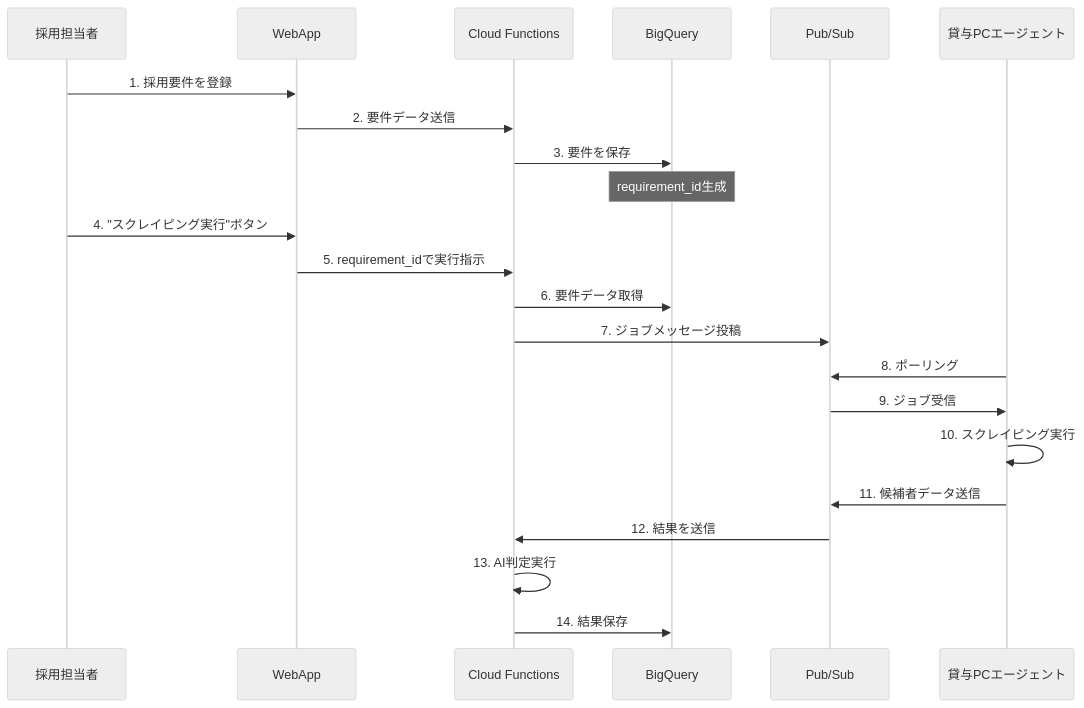
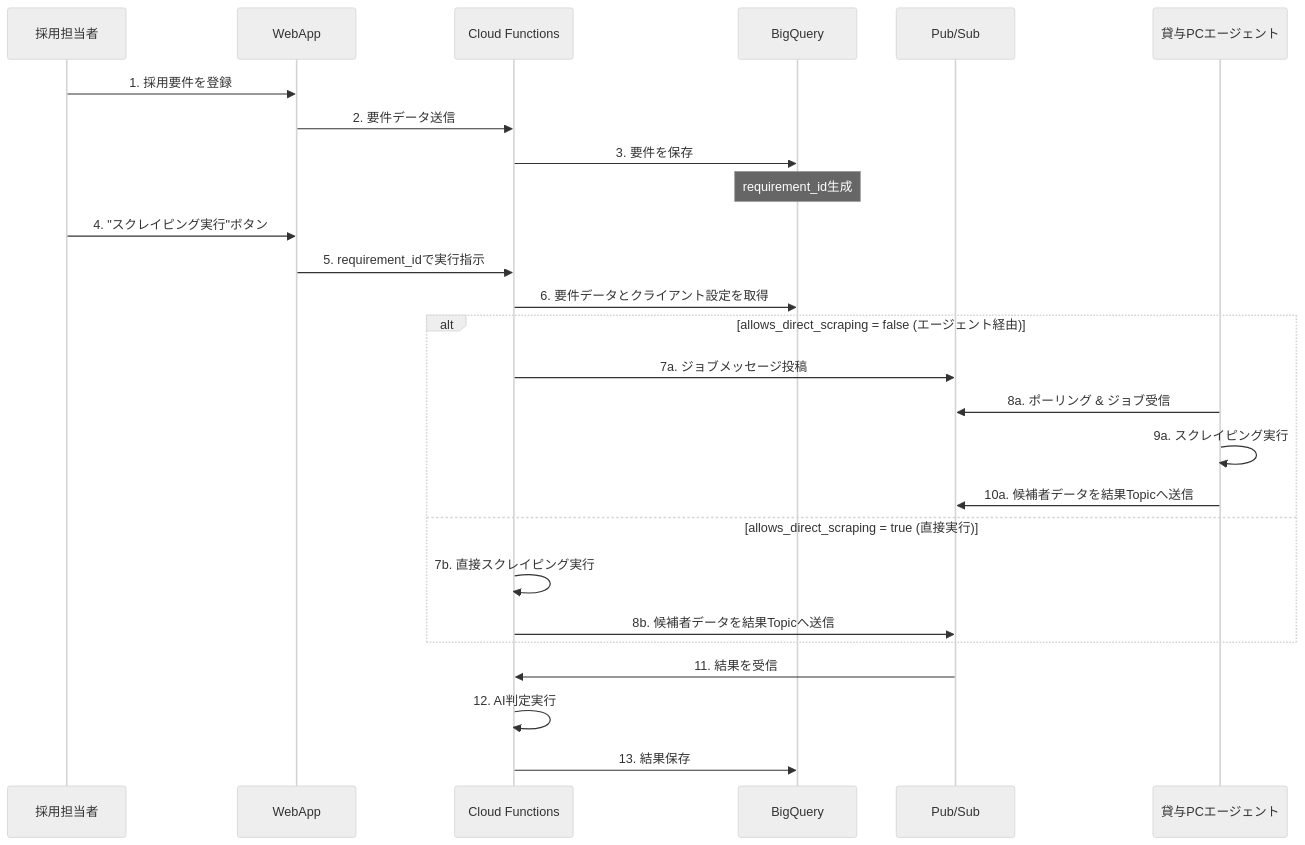
The third of 3 diagrams in README.md (takeshita-0x0201/rpo-automation), drawn with Mermaid (neutral theme) before and after one commit. The commit also changed other lines of this file, not shown here.

Commit message:
docs: READMEの記述をハイブリッド実行モデルに合わせて修正

````diff
--- a/README.md
+++ b/README.md
@@ -150,28 +150,32 @@
 ```mermaid
 sequenceDiagram
     participant User as 採用担当者
     participant WebApp as WebApp
     participant CF as Cloud Functions
     participant BQ as BigQuery
     participant PS as Pub/Sub
     participant Agent as 貸与PCエージェント
-    
+
     User->>WebApp: 1. 採用要件を登録
     WebApp->>CF: 2. 要件データ送信
     CF->>BQ: 3. 要件を保存
     Note over BQ: requirement_id生成
-    
+
     User->>WebApp: 4. "スクレイピング実行"ボタン
     WebApp->>CF: 5. requirement_idで実行指示
-    CF->>BQ: 6. 要件データ取得
-    CF->>PS: 7. ジョブメッセージ投稿
-    
-    Agent->>PS: 8. ポーリング
-    PS->>Agent: 9. ジョブ受信
-    Agent->>Agent: 10. スクレイピング実行
-    Agent->>PS: 11. 候補者データ送信
-    
-    PS->>CF: 12. 結果を送信
-    CF->>CF: 13. AI判定実行
-    CF->>BQ: 14. 結果保存
+    CF->>BQ: 6. 要件データとクライアント設定を取得
+
+    alt allows_direct_scraping = false (エージェント経由)
+        CF->>PS: 7a. ジョブメッセージ投稿
+        Agent->>PS: 8a. ポーリング & ジョブ受信
+        Agent->>Agent: 9a. スクレイピング実行
+        Agent->>PS: 10a. 候補者データを結果Topicへ送信
+    else allows_direct_scraping = true (直接実行)
+        CF->>CF: 7b. 直接スクレイピング実行
+        CF->>PS: 8b. 候補者データを結果Topicへ送信
+    end
+
+    PS->>CF: 11. 結果を受信
+    CF->>CF: 12. AI判定実行
+    CF->>BQ: 13. 結果保存
 ```
````
